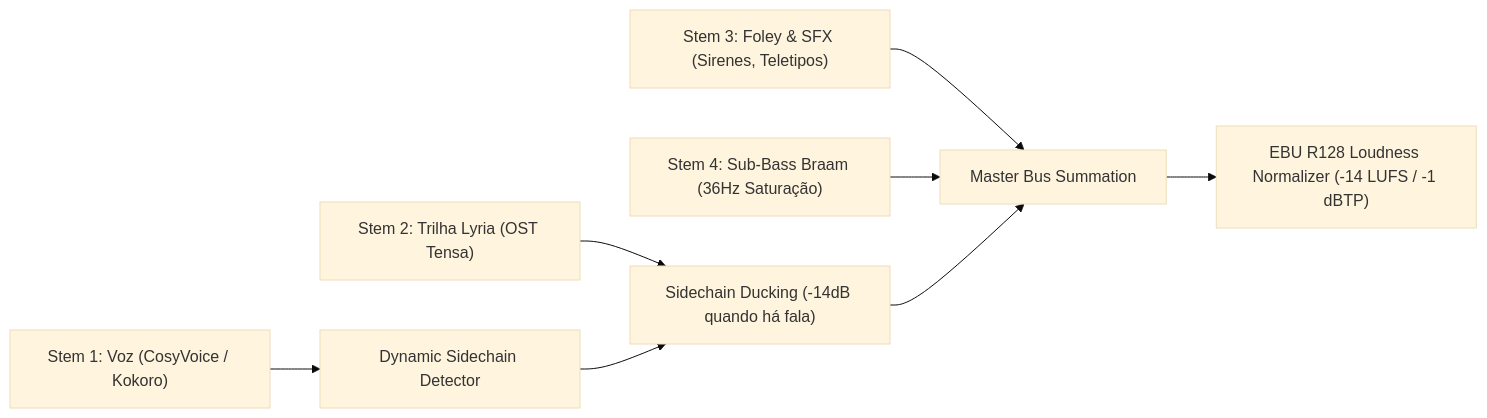
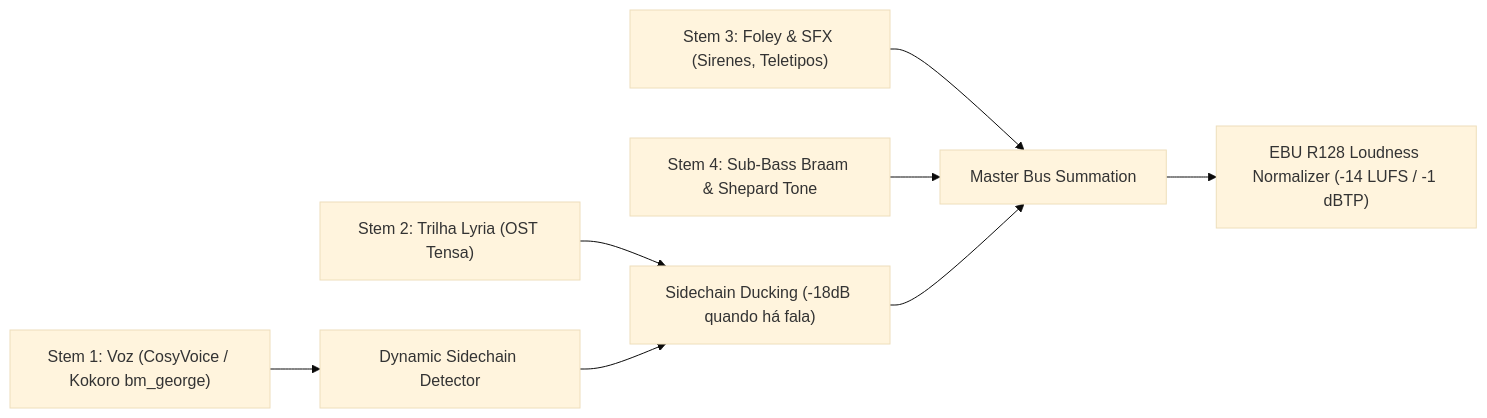
One commit to ciamarrojonatan-droid/darkfactory changed the fourth of 5 diagrams in README.md. Above: the diagram before and after it, drawn with Mermaid (base theme). The commit also changed other lines of this file, not shown here.

Commit message:
docs: update README.md with dynamic bm_george voice routing, real CLI commands, 77 tests and ADR-07

````diff
--- a/README.md
+++ b/README.md
@@ -207,10 +209,10 @@
   ```mermaid
   flowchart LR
-      V["Stem 1: Voz (CosyVoice / Kokoro)"] --> SC["Dynamic Sidechain Detector"]
-      M["Stem 2: Trilha Lyria (OST Tensa)"] --> DK["Sidechain Ducking (-14dB quando há fala)"]
+      V["Stem 1: Voz (CosyVoice / Kokoro bm_george)"] --> SC["Dynamic Sidechain Detector"]
+      M["Stem 2: Trilha Lyria (OST Tensa)"] --> DK["Sidechain Ducking (-18dB quando há fala)"]
       F["Stem 3: Foley & SFX (Sirenes, Teletipos)"] --> SUM["Master Bus Summation"]
-      B["Stem 4: Sub-Bass Braam (36Hz Saturação)"] --> SUM
+      B["Stem 4: Sub-Bass Braam & Shepard Tone"] --> SUM
       SC --> DK
       DK --> SUM
       SUM --> LOUD["EBU R128 Loudness Normalizer (-14 LUFS / -1 dBTP)"]
   ```
````
